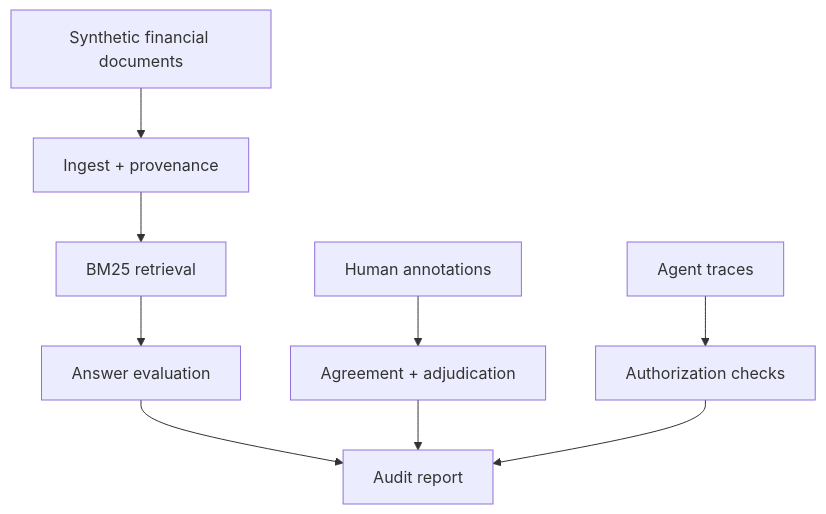
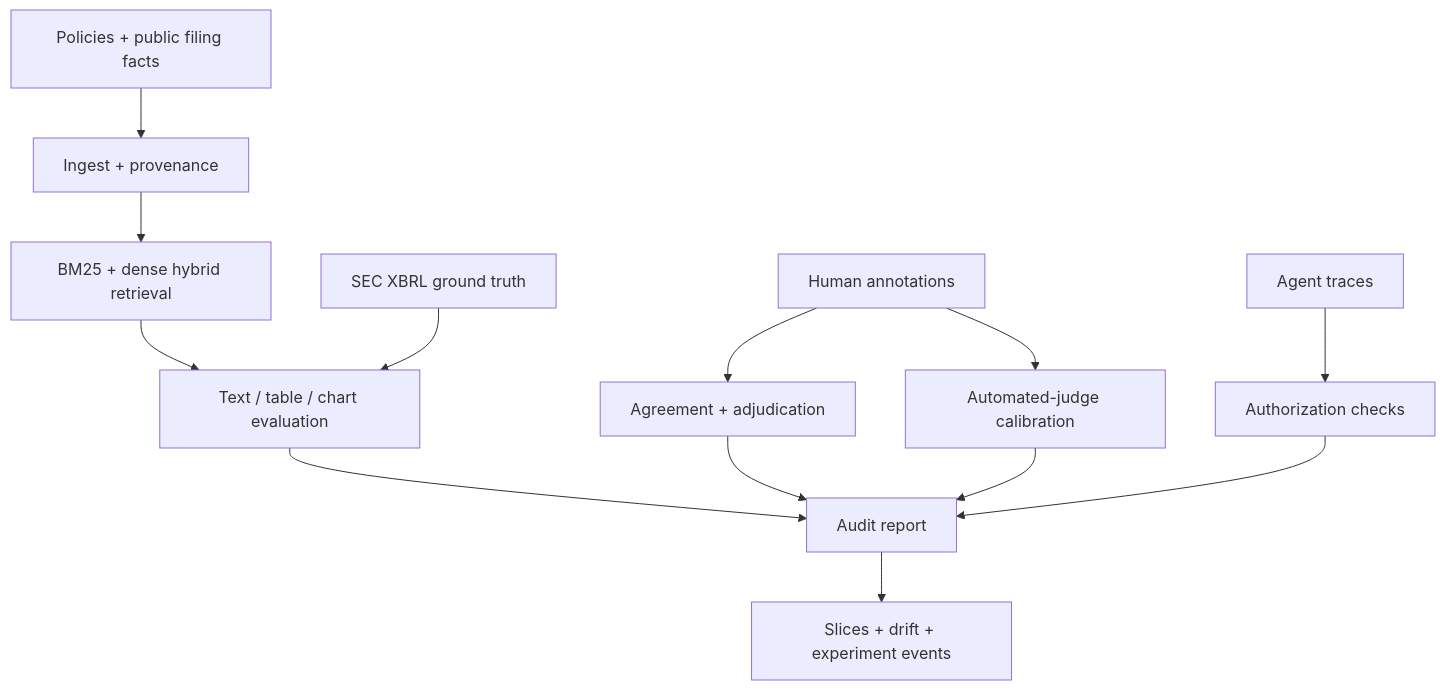
The diagram in README.md (ikarib/FinEvalKit), drawn with Mermaid before and after one commit. The commit also changed other lines of this file and 34 other files, not shown here.

Commit message:
Add public-filing evaluation and monitoring

````diff
--- a/README.md
+++ b/README.md
@@ -29,11 +31,15 @@
 ```mermaid
 flowchart TD
-    A["Synthetic financial documents"] --> B["Ingest + provenance"]
-    B --> C["BM25 retrieval"]
-    C --> D["Answer evaluation"]
+    A["Policies + public filing facts"] --> B["Ingest + provenance"]
+    B --> C["BM25 + dense hybrid retrieval"]
+    C --> D["Text / table / chart evaluation"]
+    X["SEC XBRL ground truth"] --> D
     E["Human annotations"] --> F["Agreement + adjudication"]
+    E --> J["Automated-judge calibration"]
     G["Agent traces"] --> H["Authorization checks"]
     D --> I["Audit report"]
     F --> I
+    J --> I
     H --> I
+    I --> M["Slices + drift + experiment events"]
 ```
````
